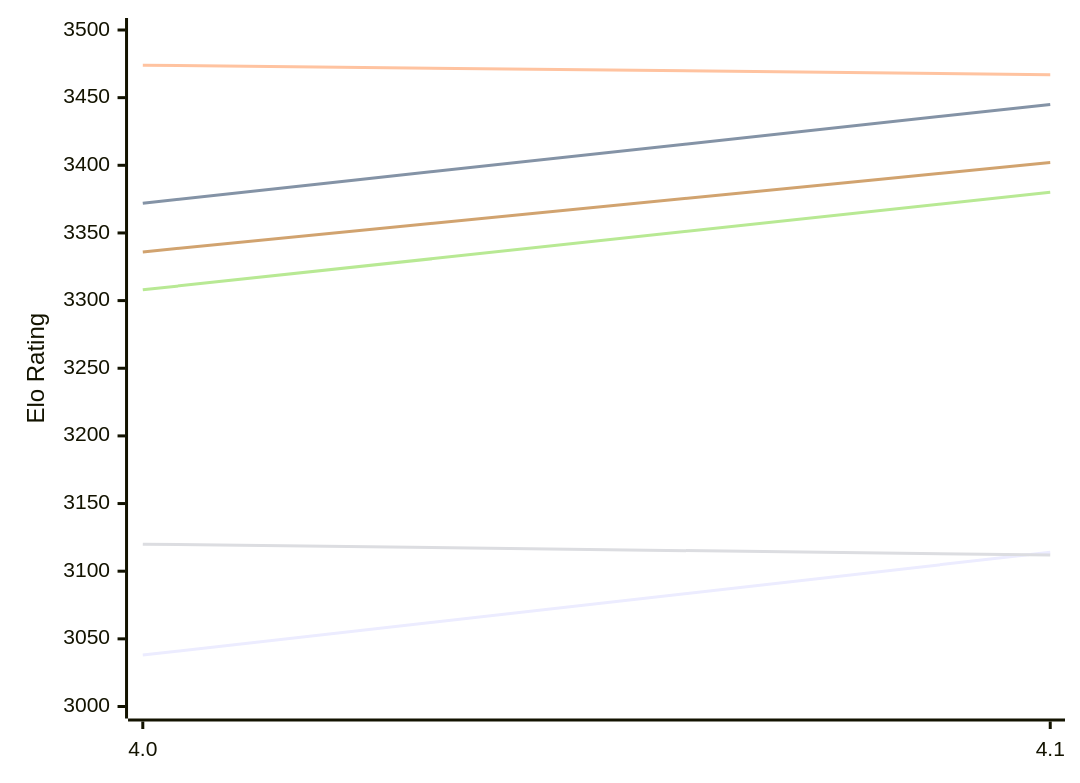
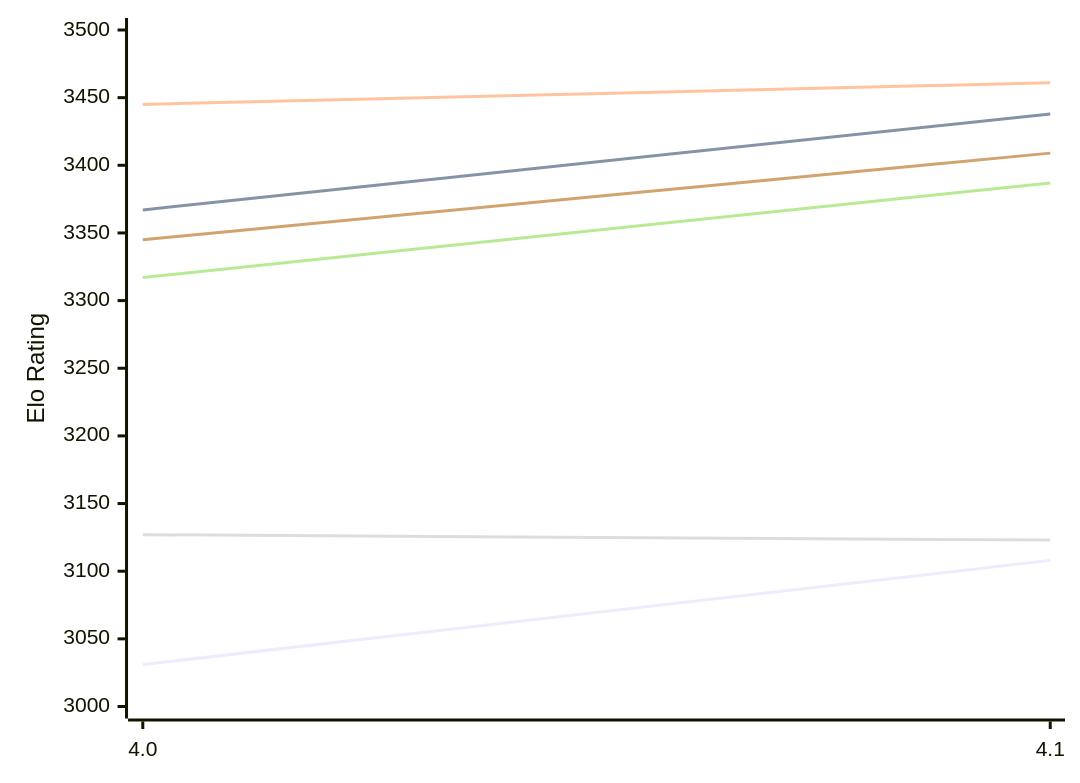
Before and after one commit to computer-chess-index/cci: the first of 2 diagrams in engines/Eleanor.md, drawn with Mermaid. The commit also changed other lines of this file, not shown here.

Commit message:
Update CCI Ratings (ELO VLTC) - 2026-11-18

````diff
--- a/engines/Eleanor.md
+++ b/engines/Eleanor.md
@@ -51,12 +51,12 @@
 ```mermaid
 %%{init: {"theme":"base","themeVariables":{"seriesColors:['#a3a3a3','#222221','#faa371']}}}%%
 xychart-beta
   x-axis ["4.0", "4.1"]
   y-axis "Elo Rating" 3000 --> 3500
-  line "E1: STC (8.0+0.08s)" [3038, 3114]
-  line "E1: LTC (60.0+0.60s)" [3372, 3445]
-  line "E1: VLTC (2m24s+1.12s)" [3474, 3467]
-  line "P1: STC (8.0+0.08s)" [3120, 3112]
-  line "P1: LTC (60.0+0.60s)" [3308, 3380]
-  line "P1: VLTC (2m24s+1.12s)" [3336, 3402]
+  line "E1: STC (8.0+0.08s)" [3031, 3108]
+  line "E1: LTC (60.0+0.60s)" [3367, 3438]
+  line "E1: VLTC (2m24s+1.12s)" [3445, 3461]
+  line "P1: STC (8.0+0.08s)" [3127, 3123]
+  line "P1: LTC (60.0+0.60s)" [3317, 3387]
+  line "P1: VLTC (2m24s+1.12s)" [3345, 3409]
 ```
````
